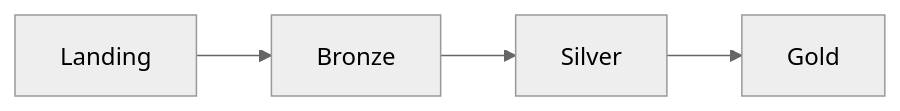
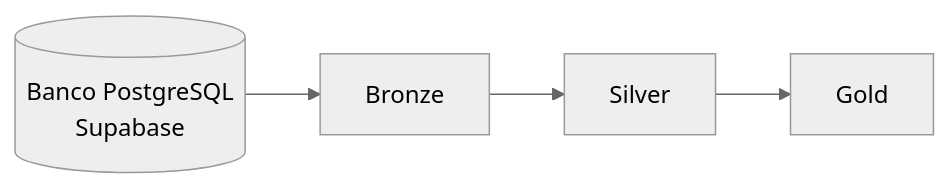
Before and after one commit to joaovfe/pipeline_dados_databricks: the diagram in README.md, drawn with Mermaid (neutral theme). The commit also changed other lines of this file and 11 other files, not shown here.

````diff
--- a/README.md
+++ b/README.md
@@ -16,6 +16,6 @@
 ```mermaid
 flowchart LR
-    L[Landing] --> B[Bronze]
+    DB[(Banco PostgreSQL<br/>Supabase)] --> B[Bronze]
     B --> S[Silver]
     S --> G[Gold]
 ```
````
